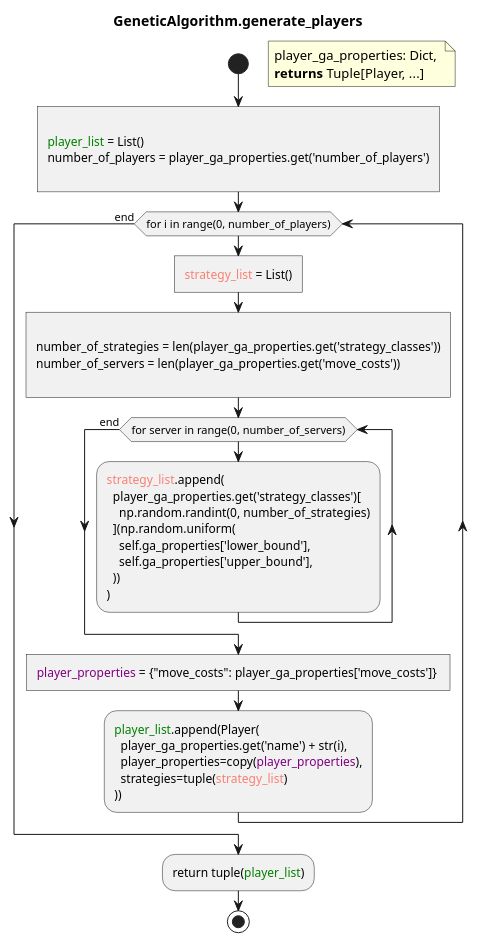
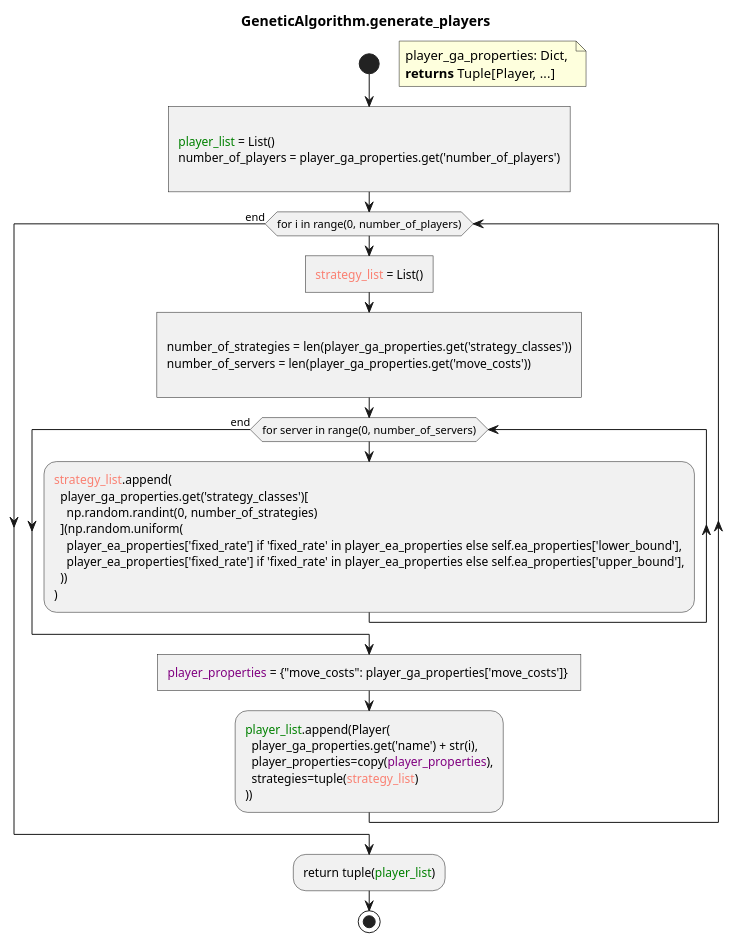
The fourth of 7 diagrams in DOCS/activity-diagram_genetic-algorithm.puml (ruipimentel/FlipThem-Simulation), drawn with PlantUML before and after one commit.

Commit message:
Updates documentation due to 4cd7e85.

```diff
--- a/DOCS/activity-diagram_genetic-algorithm.puml
+++ b/DOCS/activity-diagram_genetic-algorithm.puml
@@ -103,45 +103,45 @@
 @startuml "generate_players"
 !pragma useVerticalIf on
 
 title GeneticAlgorithm.generate_players
 
 start
 floating note right: \
 player_ga_properties: Dict, \n\
 **returns** Tuple[Player, ...]
 
 :
 <color:green>player_list</color> = List()
 number_of_players = player_ga_properties.get('number_of_players')
 ]
 while (for i in range(0, number_of_players))
   :<color:salmon>strategy_list</color> = List()]
   :
   number_of_strategies = len(player_ga_properties.get('strategy_classes'))
   number_of_servers = len(player_ga_properties.get('move_costs'))
   ]
   while (for server in range(0, number_of_servers))
     :<color:salmon>strategy_list</color>.append(
       player_ga_properties.get('strategy_classes')[
         np.random.randint(0, number_of_strategies)
       ](np.random.uniform(
-        self.ga_properties['lower_bound'],
-        self.ga_properties['upper_bound'],
+        player_ea_properties['fixed_rate'] if 'fixed_rate' in player_ea_properties else self.ea_properties['lower_bound'],
+        player_ea_properties['fixed_rate'] if 'fixed_rate' in player_ea_properties else self.ea_properties['upper_bound'],
       ))
     );
   endwhile (end)
 
   :<color:purple>player_properties</color> = {"move_costs": player_ga_properties['move_costs']} ]
 
   :<color:green>player_list</color>.append(Player(
     player_ga_properties.get('name') + str(i),
     player_properties=copy(<color:purple>player_properties</color>),
     strategies=tuple(<color:salmon>strategy_list</color>)
   ));
 endwhile (end)
 
 :return tuple(<color:green>player_list</color>);
 
 stop
 
 @enduml
```
